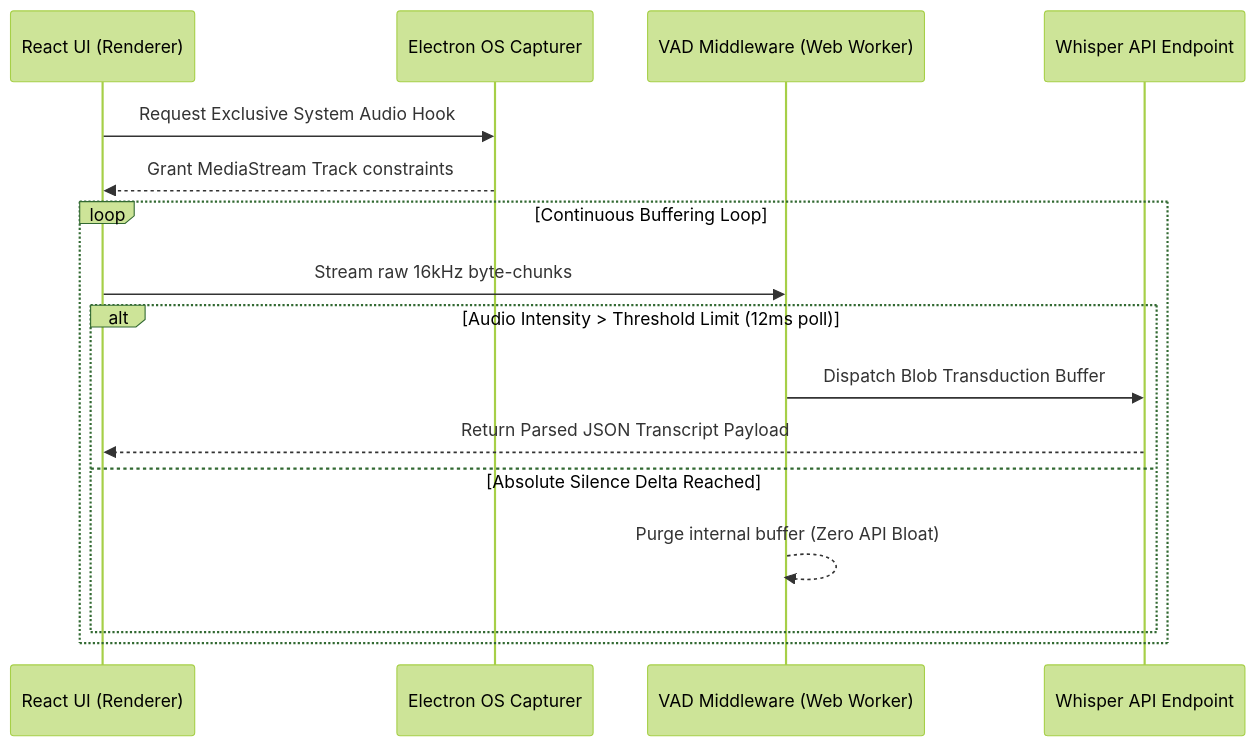
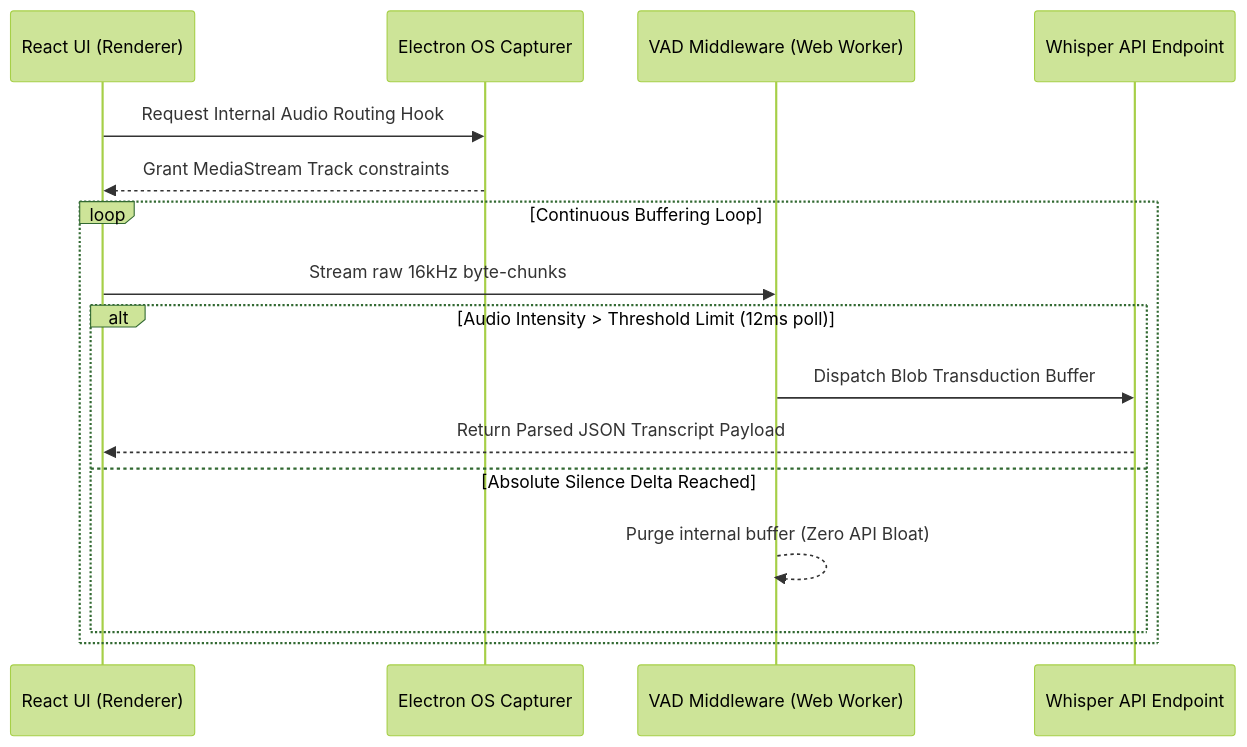
Before and after one commit to ziademad02153/ZEDX-AI-Assistant: the second of 4 diagrams in README.md, drawn with Mermaid (forest theme). The commit also changed other lines of this file and 16 other files, not shown here.

````diff
--- a/README.md
+++ b/README.md
@@ -74,19 +74,19 @@
 ```mermaid
 sequenceDiagram
     participant UI as React UI (Renderer)
     participant OSE as Electron OS Capturer
     participant VAD as VAD Middleware (Web Worker)
     participant STT as Whisper API Endpoint
     
-    UI->>OSE: Request Exclusive System Audio Hook
+    UI->>OSE: Request Internal Audio Routing Hook
     OSE-->>UI: Grant MediaStream Track constraints
     loop Continuous Buffering Loop
         UI->>VAD: Stream raw 16kHz byte-chunks
         alt Audio Intensity > Threshold Limit (12ms poll)
             VAD->>STT: Dispatch Blob Transduction Buffer
             STT-->>UI: Return Parsed JSON Transcript Payload
         else Absolute Silence Delta Reached
             VAD-->>VAD: Purge internal buffer (Zero API Bloat)
         end
     end
 ```
````
